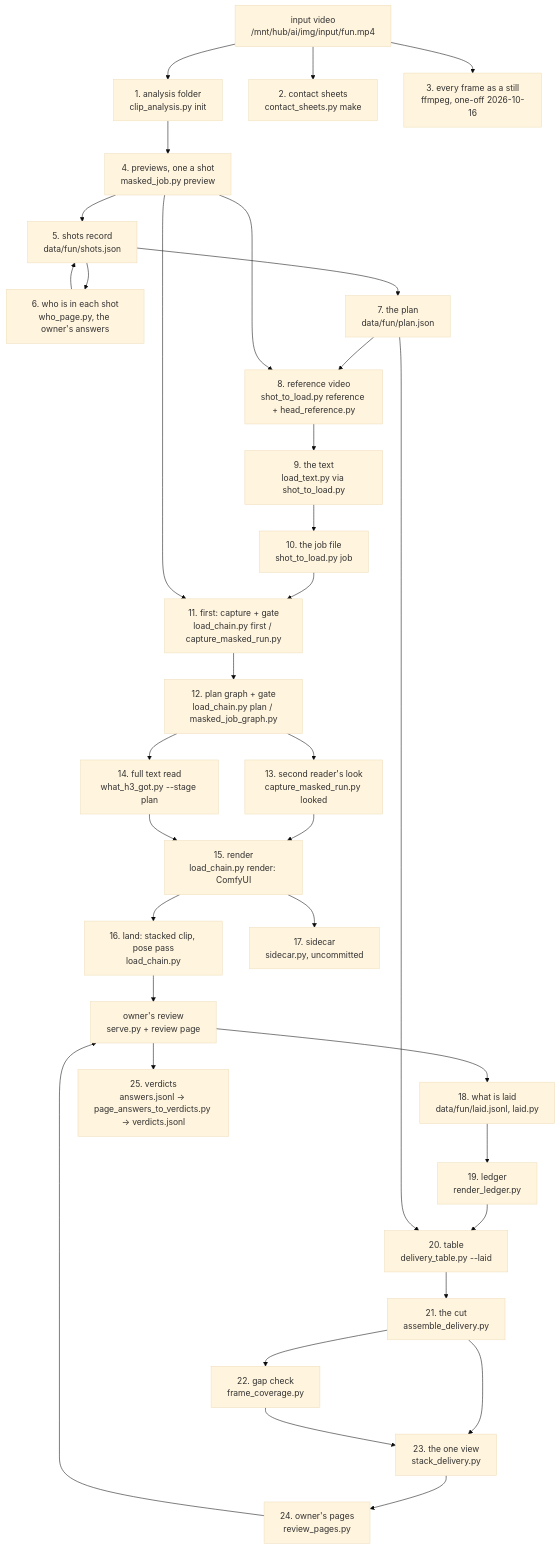
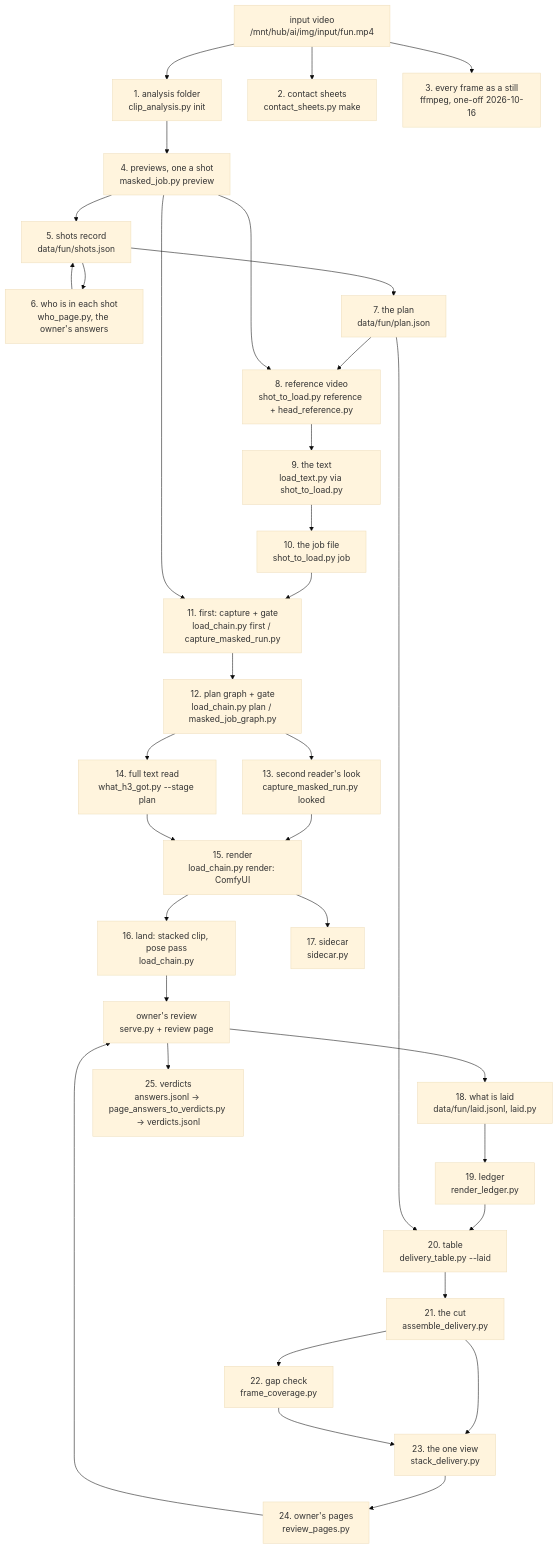
The diagram in docs/masked_v2v/pipeline.md (fblissjr/ComfyUI-h3-explorations), drawn with Mermaid (base theme) before and after one commit. The commit also changed other lines of this file and 106 other files, not shown here.

````diff
--- a/docs/masked_v2v/pipeline.md
+++ b/docs/masked_v2v/pipeline.md
@@ -18,36 +14,36 @@
 ```mermaid
 flowchart TD
   V[input video<br/>/mnt/hub/ai/img/input/fun.mp4] --> A[1. analysis folder<br/>clip_analysis.py init]
   V --> CS[2. contact sheets<br/>contact_sheets.py make]
   V --> FR[3. every frame as a still<br/>ffmpeg, one-off 2026-10-16]
   A --> PV[4. previews, one a shot<br/>masked_job.py preview]
   PV --> SH[5. shots record<br/>data/fun/shots.json]
   SH --> WHO[6. who is in each shot<br/>who_page.py, the owner's answers]
   WHO --> SH
   SH --> PL[7. the plan<br/>data/fun/plan.json]
   PL --> REF[8. reference video<br/>shot_to_load.py reference + head_reference.py]
   PV --> REF
   REF --> TXT[9. the text<br/>load_text.py via shot_to_load.py]
   TXT --> JOB[10. the job file<br/>shot_to_load.py job]
   JOB --> CAP[11. first: capture + gate<br/>load_chain.py first / capture_masked_run.py]
   PV --> CAP
   CAP --> PLAN[12. plan graph + gate<br/>load_chain.py plan / masked_job_graph.py]
   PLAN --> LOOK[13. second reader's look<br/>capture_masked_run.py looked]
   PLAN --> READ[14. full text read<br/>what_h3_got.py --stage plan]
   LOOK --> REN[15. render<br/>load_chain.py render: ComfyUI]
   READ --> REN
   REN --> LAND[16. land: stacked clip, pose pass<br/>load_chain.py]
-  REN --> SIDE[17. sidecar<br/>sidecar.py, uncommitted]
+  REN --> SIDE[17. sidecar<br/>sidecar.py]
   LAND --> REV[owner's review<br/>serve.py + review page]
   REV --> LAID[18. what is laid<br/>data/fun/laid.jsonl, laid.py]
   LAID --> LED[19. ledger<br/>render_ledger.py]
   LED --> TAB[20. table<br/>delivery_table.py --laid]
   PL --> TAB
   TAB --> CLIP[21. the cut<br/>assemble_delivery.py]
   CLIP --> GAP[22. gap check<br/>frame_coverage.py]
   CLIP --> VIEW[23. the one view<br/>stack_delivery.py]
   GAP --> VIEW
   VIEW --> PAGES[24. owner's pages<br/>review_pages.py]
   PAGES --> REV
   REV --> VER[25. verdicts<br/>answers.jsonl -> page_answers_to_verdicts.py -> verdicts.jsonl]
 ```
````
